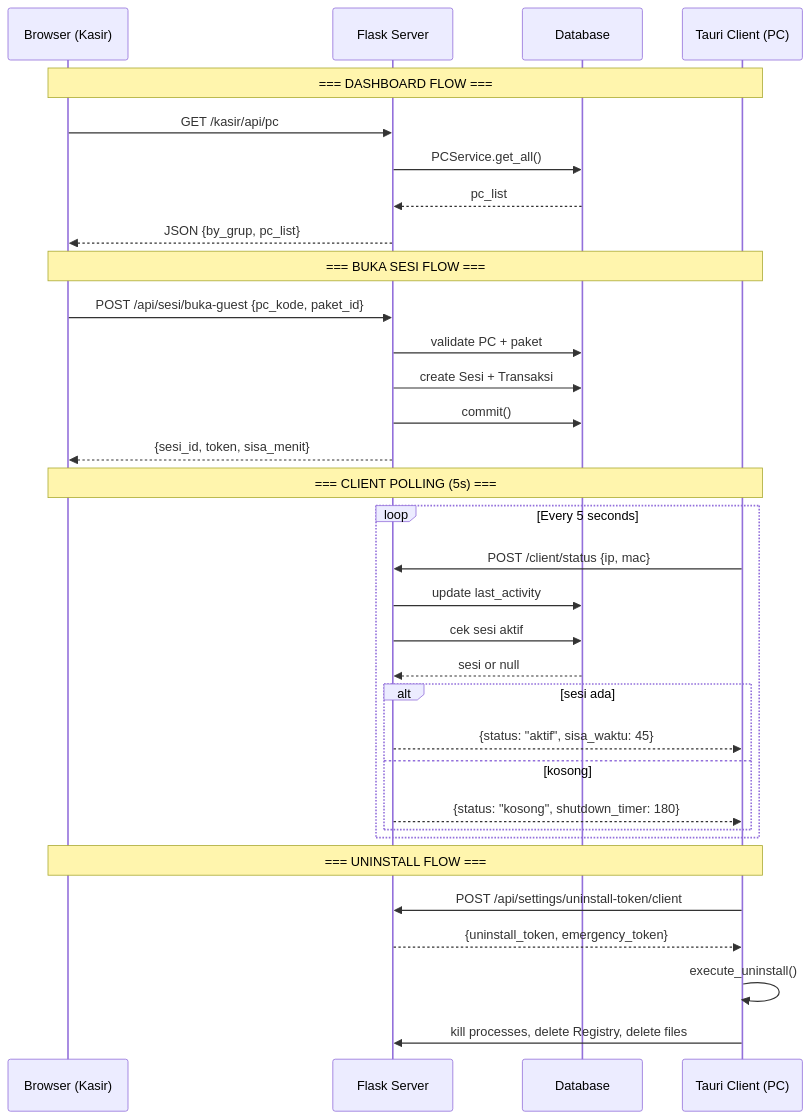
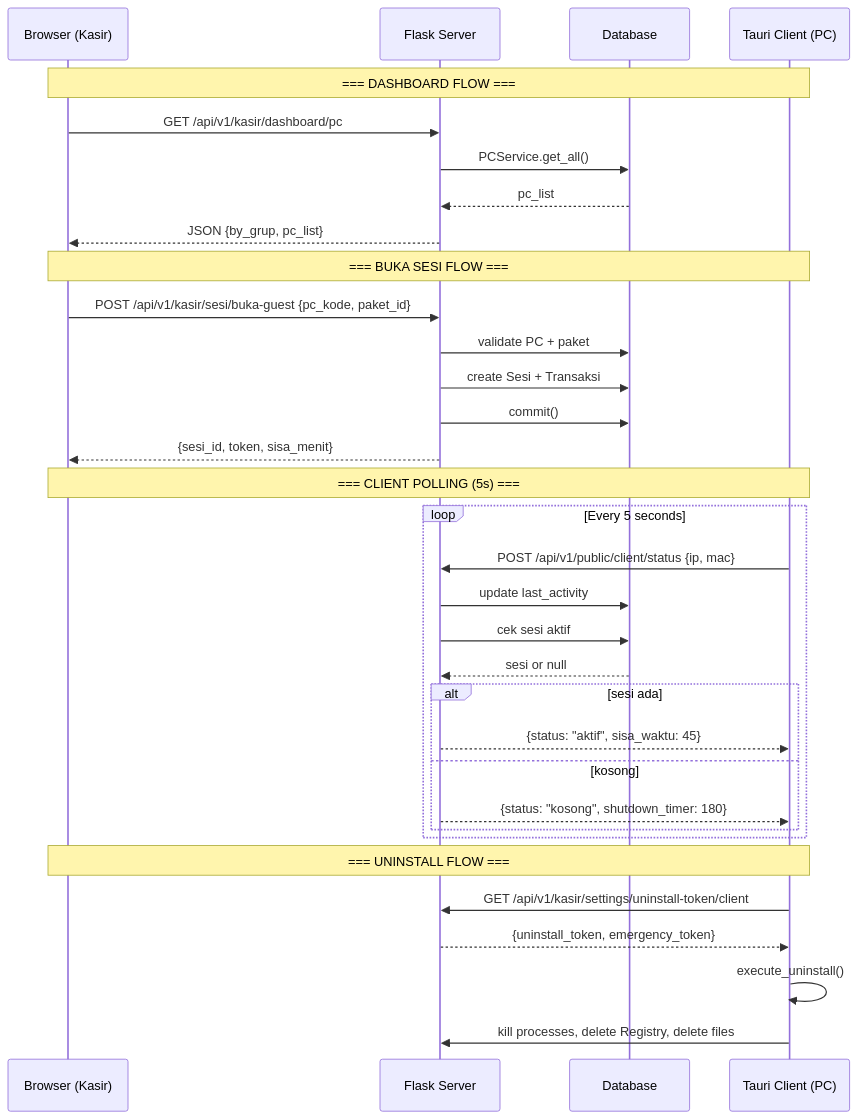
One commit to milanalfandiismail/TMBilling changed the first of 5 diagrams in docs/DIAGRAMS.md. Above: the diagram before and after it, drawn with Mermaid. The commit also changed other lines of this file and 19 other files, not shown here.

````diff
--- a/docs/DIAGRAMS.md
+++ b/docs/DIAGRAMS.md
@@ -7,39 +7,39 @@
 ```mermaid
 sequenceDiagram
     participant Browser as Browser (Kasir)
     participant Flask as Flask Server
     participant DB as Database
     participant Tauri as Tauri Client (PC)
 
     Note over Browser,Tauri: === DASHBOARD FLOW ===
-    Browser->>Flask: GET /kasir/api/pc
+    Browser->>Flask: GET /api/v1/kasir/dashboard/pc
     Flask->>DB: PCService.get_all()
     DB-->>Flask: pc_list
     Flask-->>Browser: JSON {by_grup, pc_list}
     
     Note over Browser,Tauri: === BUKA SESI FLOW ===
-    Browser->>Flask: POST /api/sesi/buka-guest {pc_kode, paket_id}
+    Browser->>Flask: POST /api/v1/kasir/sesi/buka-guest {pc_kode, paket_id}
     Flask->>DB: validate PC + paket
     Flask->>DB: create Sesi + Transaksi
     Flask->>DB: commit()
     Flask-->>Browser: {sesi_id, token, sisa_menit}
 
     Note over Browser,Tauri: === CLIENT POLLING (5s) ===
     loop Every 5 seconds
-        Tauri->>Flask: POST /client/status {ip, mac}
+        Tauri->>Flask: POST /api/v1/public/client/status {ip, mac}
         Flask->>DB: update last_activity
         Flask->>DB: cek sesi aktif
         DB-->>Flask: sesi or null
         alt sesi ada
             Flask-->>Tauri: {status: "aktif", sisa_waktu: 45}
         else kosong
             Flask-->>Tauri: {status: "kosong", shutdown_timer: 180}
         end
     end
 
     Note over Browser,Tauri: === UNINSTALL FLOW ===
-    Tauri->>Flask: POST /api/settings/uninstall-token/client
+    Tauri->>Flask: GET /api/v1/kasir/settings/uninstall-token/client
     Flask-->>Tauri: {uninstall_token, emergency_token}
     Tauri->>Tauri: execute_uninstall()
     Tauri->>Flask: kill processes, delete Registry, delete files
 ```
````
